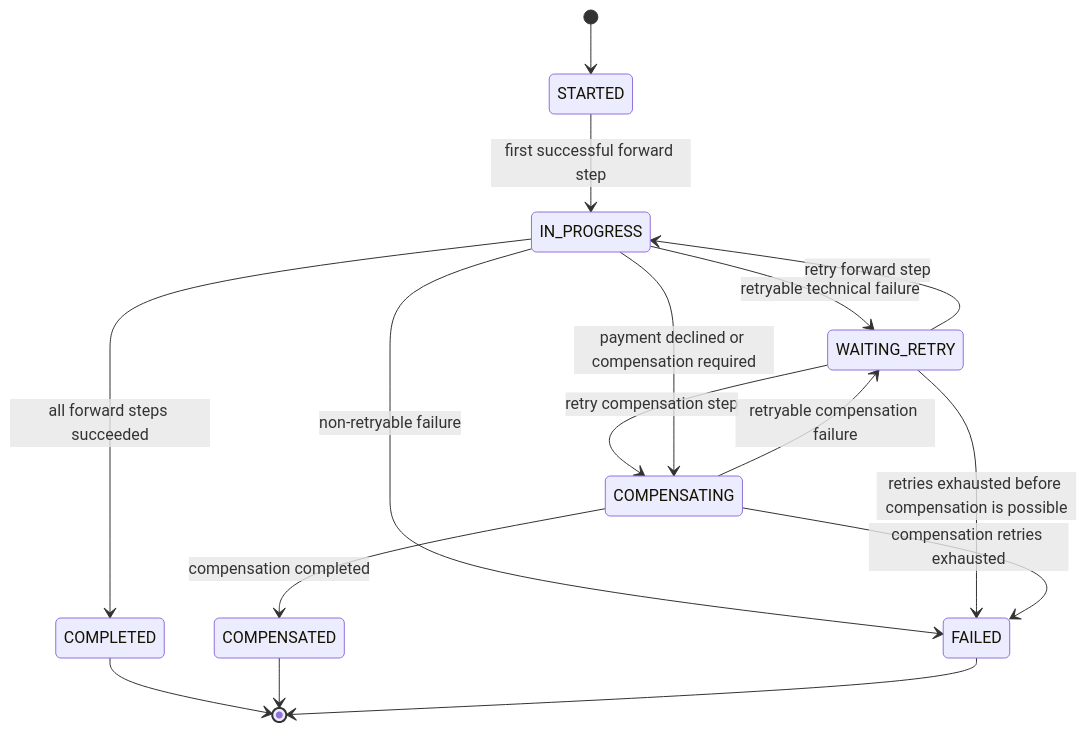
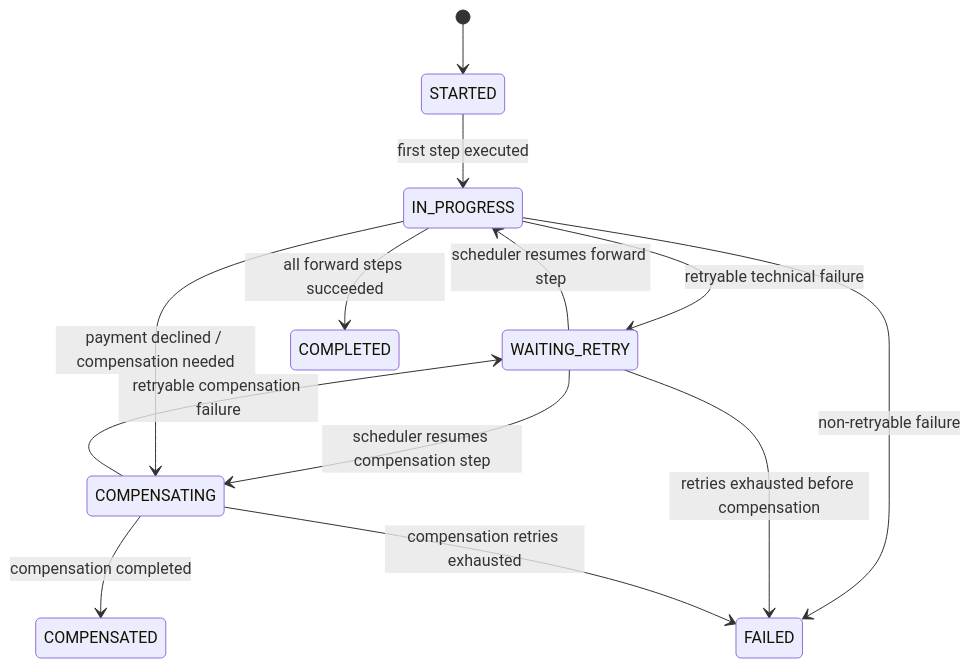
One commit to VolkovIO/hotelbooking changed the fifth of 6 diagrams in docs/booking-saga.md. Above: the diagram before and after it, drawn with Mermaid. The commit also changed other lines of this file and 4 other files, not shown here.

````diff
--- a/docs/booking-saga.md
+++ b/docs/booking-saga.md
@@ -233,23 +243,15 @@
 ```mermaid
 stateDiagram-v2
     [*] --> STARTED
-
-    STARTED --> IN_PROGRESS: first successful forward step
+    STARTED --> IN_PROGRESS: first step executed
     IN_PROGRESS --> WAITING_RETRY: retryable technical failure
-    WAITING_RETRY --> IN_PROGRESS: retry forward step
-    WAITING_RETRY --> COMPENSATING: retry compensation step
-
+    WAITING_RETRY --> IN_PROGRESS: scheduler resumes forward step
+    WAITING_RETRY --> COMPENSATING: scheduler resumes compensation step
+    IN_PROGRESS --> COMPENSATING: payment declined / compensation needed
     IN_PROGRESS --> COMPLETED: all forward steps succeeded
-    IN_PROGRESS --> COMPENSATING: payment declined or compensation required
-
     COMPENSATING --> WAITING_RETRY: retryable compensation failure
     COMPENSATING --> COMPENSATED: compensation completed
-
     IN_PROGRESS --> FAILED: non-retryable failure
-    WAITING_RETRY --> FAILED: retries exhausted before compensation is possible
+    WAITING_RETRY --> FAILED: retries exhausted before compensation
     COMPENSATING --> FAILED: compensation retries exhausted
-
-    COMPLETED --> [*]
-    COMPENSATED --> [*]
-    FAILED --> [*]
 ```
````
